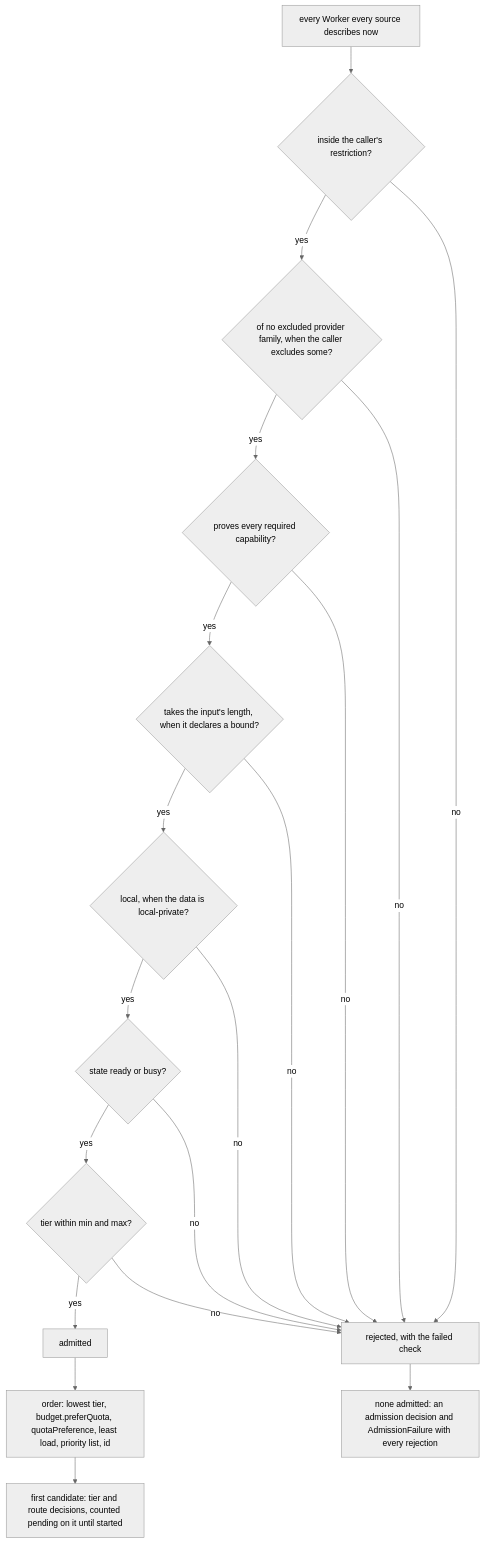
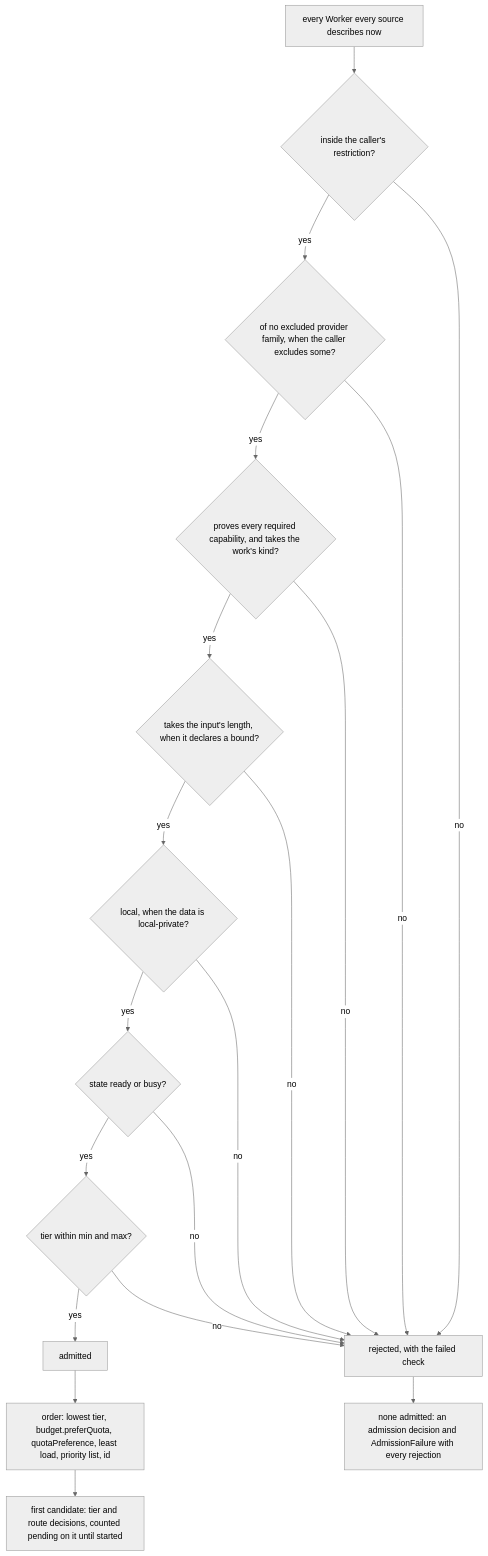
The diagram in docs/design/routing.md (tsuuanmi/system), drawn with Mermaid (neutral theme) before and after one commit. The commit also changed other lines of this file and 15 other files, not shown here.

First line of the commit message:
workers: route work by its kind (ADR-0056, REQ-WRK-11)

````diff
--- a/docs/design/routing.md
+++ b/docs/design/routing.md
@@ -91,21 +121,21 @@
 ```mermaid
 flowchart TD
   A[every Worker every source describes now] --> B{inside the caller's restriction?}
   B -->|yes| X{"of no excluded provider family, when the caller excludes some?"}
-  X -->|yes| C{proves every required capability?}
+  X -->|yes| C{proves every required capability, and takes the work's kind?}
   C -->|yes| L{"takes the input's length, when it declares a bound?"}
   L -->|yes| D{local, when the data is local-private?}
   D -->|yes| E{state ready or busy?}
   E -->|yes| F{tier within min and max?}
   F -->|yes| G[admitted]
   B -->|no| R[rejected, with the failed check]
   X -->|no| R
   C -->|no| R
   L -->|no| R
   D -->|no| R
   E -->|no| R
   F -->|no| R
   G --> H["order: lowest tier, budget.preferQuota, quotaPreference, least load, priority list, id"]
   H --> I[first candidate: tier and route decisions, counted pending on it until started]
   R --> J[none admitted: an admission decision and AdmissionFailure with every rejection]
 ```
````
